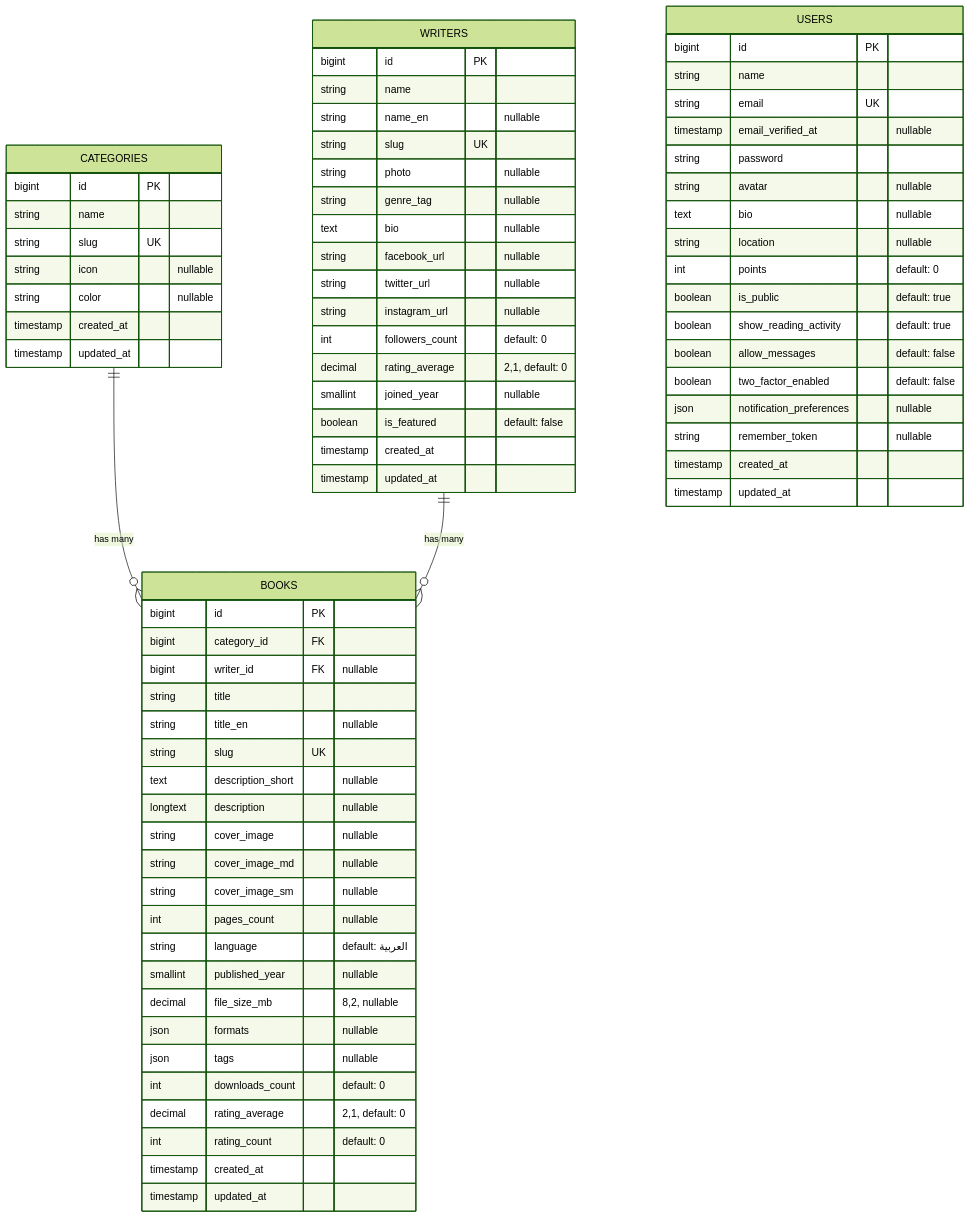
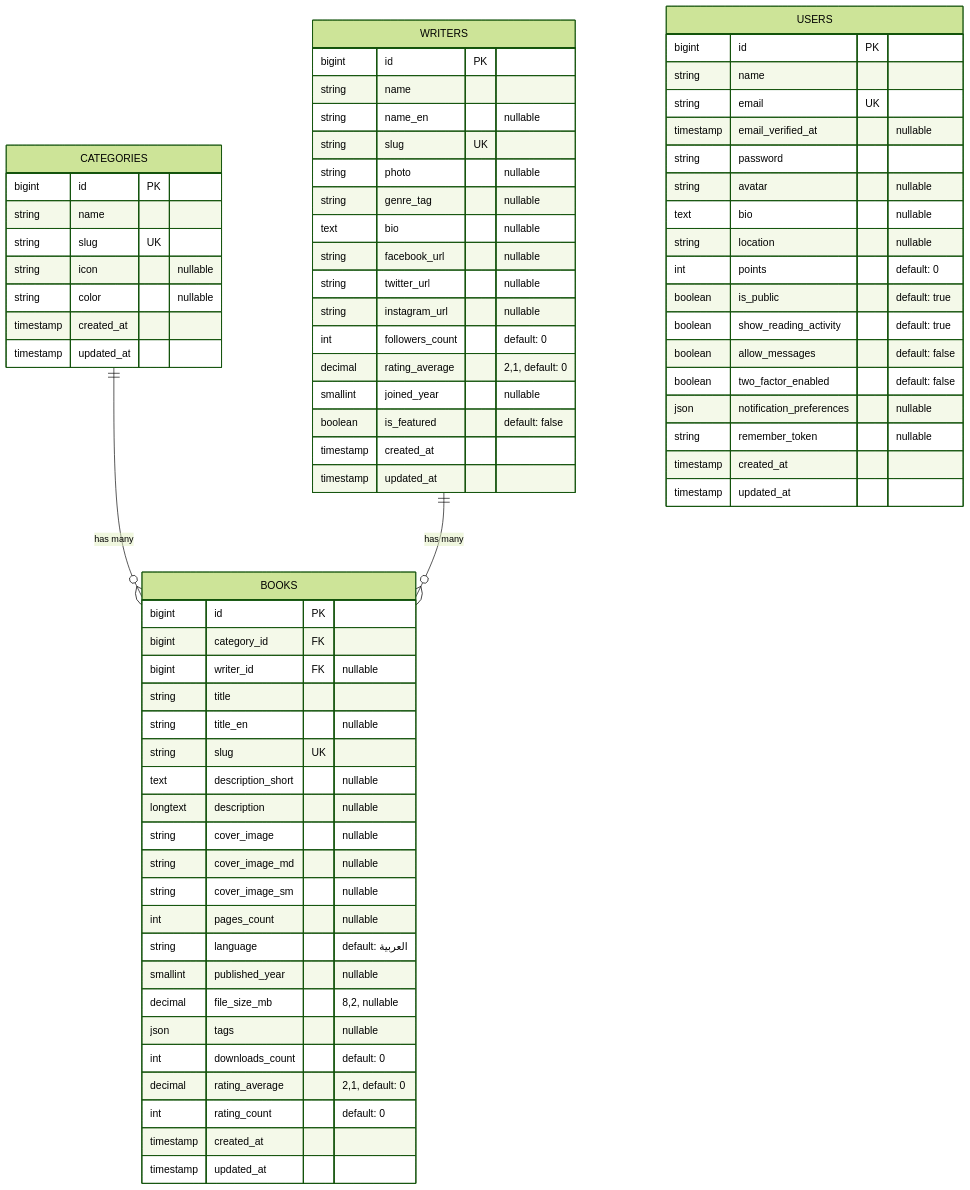
The diagram in DATABASE.md (hamdaouiwassim/nootabooks-reader), drawn with Mermaid (forest theme) before and after one commit. The commit also changed other lines of this file and 13 other files, not shown here.

````diff
--- a/DATABASE.md
+++ b/DATABASE.md
@@ -7,79 +7,78 @@
 ```mermaid
 erDiagram
     CATEGORIES ||--o{ BOOKS : "has many"
     WRITERS ||--o{ BOOKS : "has many"
 
     CATEGORIES {
         bigint id PK
         string name
         string slug UK
         string icon "nullable"
         string color "nullable"
         timestamp created_at
         timestamp updated_at
     }
 
     WRITERS {
         bigint id PK
         string name
         string name_en "nullable"
         string slug UK
         string photo "nullable"
         string genre_tag "nullable"
         text bio "nullable"
         string facebook_url "nullable"
         string twitter_url "nullable"
         string instagram_url "nullable"
         int followers_count "default: 0"
         decimal rating_average "2,1, default: 0"
         smallint joined_year "nullable"
         boolean is_featured "default: false"
         timestamp created_at
         timestamp updated_at
     }
 
     BOOKS {
         bigint id PK
         bigint category_id FK
         bigint writer_id FK "nullable"
         string title
         string title_en "nullable"
         string slug UK
         text description_short "nullable"
         longtext description "nullable"
         string cover_image "nullable"
         string cover_image_md "nullable"
         string cover_image_sm "nullable"
         int pages_count "nullable"
         string language "default: العربية"
         smallint published_year "nullable"
         decimal file_size_mb "8,2, nullable"
-        json formats "nullable"
         json tags "nullable"
         int downloads_count "default: 0"
         decimal rating_average "2,1, default: 0"
         int rating_count "default: 0"
         timestamp created_at
         timestamp updated_at
     }
 
     USERS {
         bigint id PK
         string name
         string email UK
         timestamp email_verified_at "nullable"
         string password
         string avatar "nullable"
         text bio "nullable"
         string location "nullable"
         int points "default: 0"
         boolean is_public "default: true"
         boolean show_reading_activity "default: true"
         boolean allow_messages "default: false"
         boolean two_factor_enabled "default: false"
         json notification_preferences "nullable"
         string remember_token "nullable"
         timestamp created_at
         timestamp updated_at
     }
 ```
````
